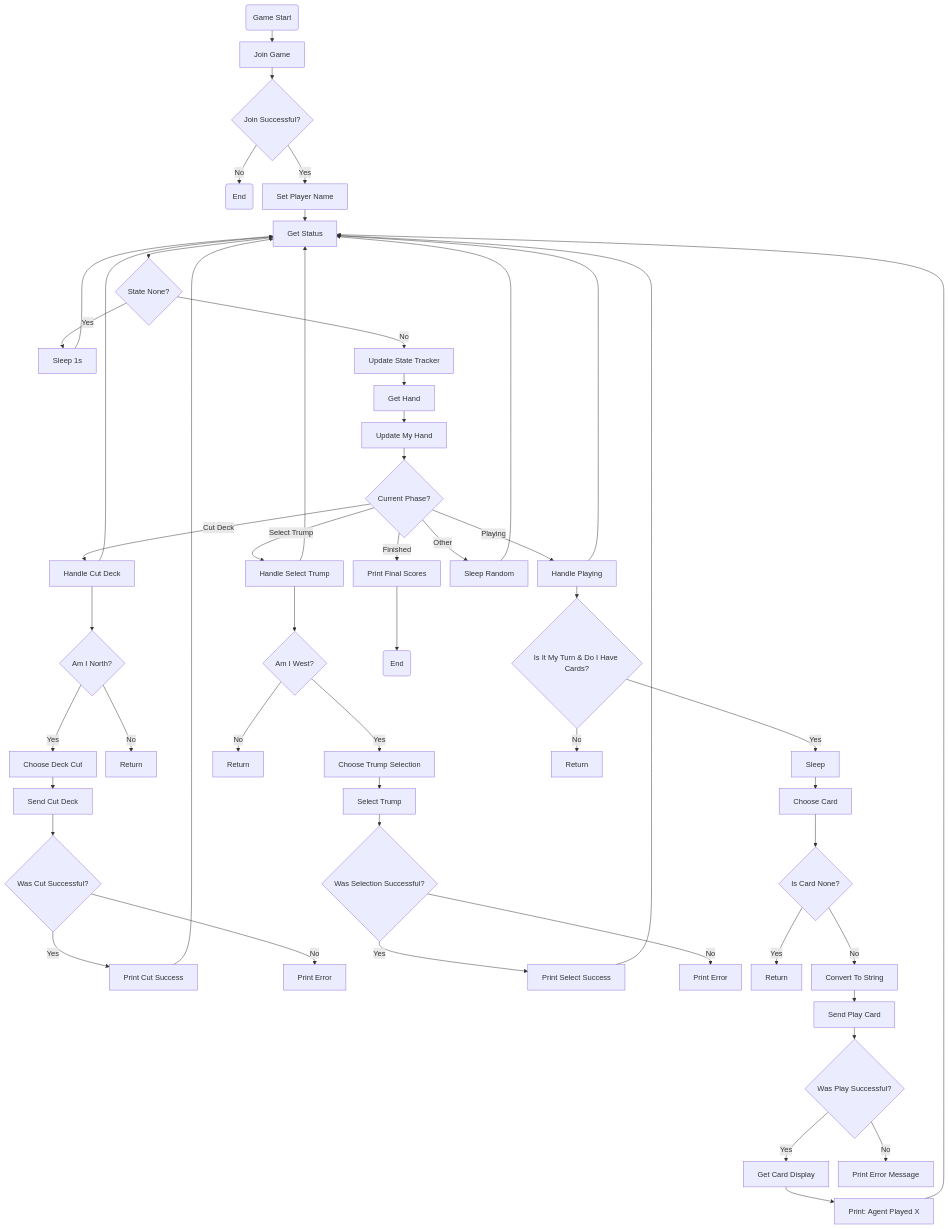
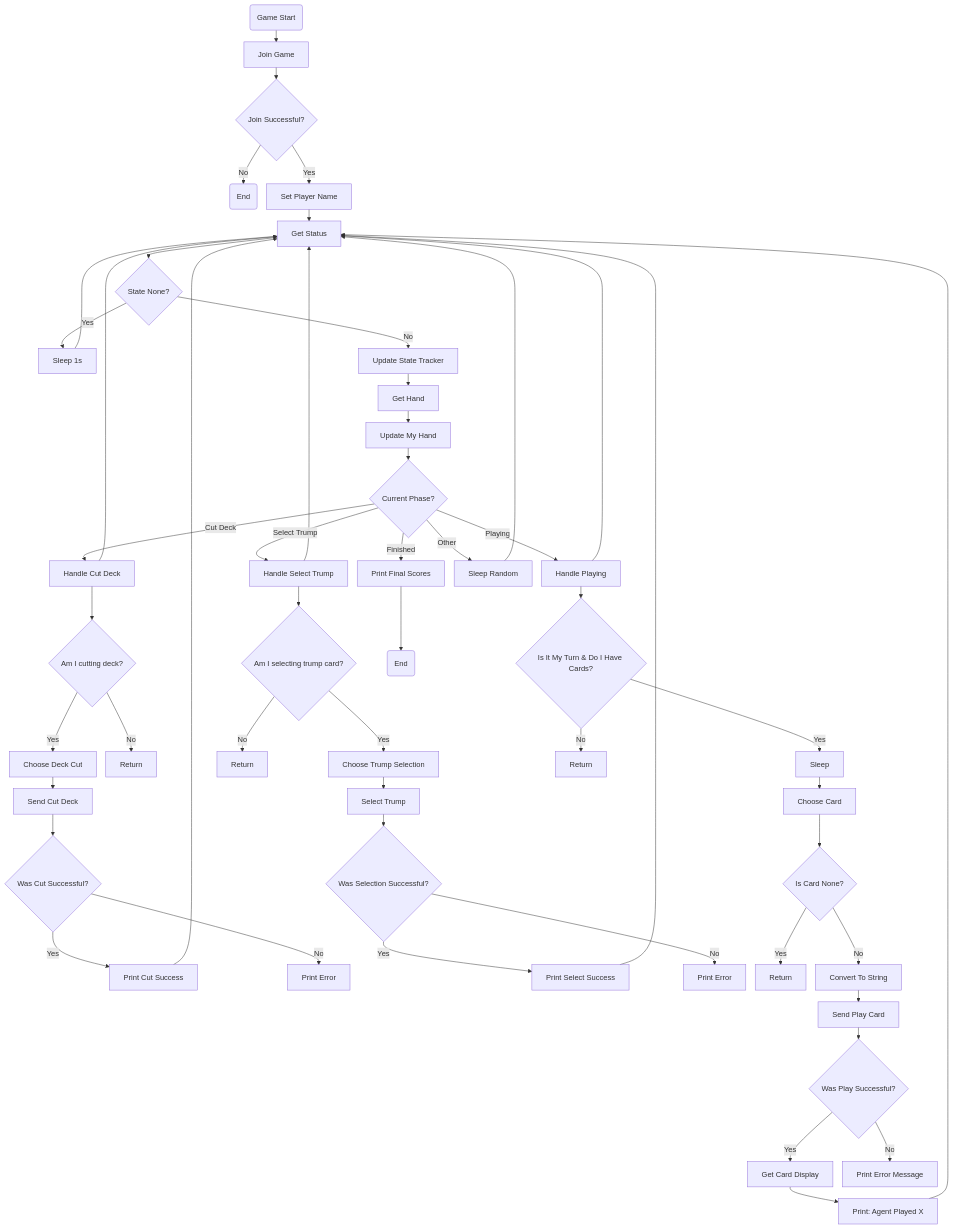
The diagram in agent-fluxograms/.md (PEI09-25-26/Sueca), drawn with Mermaid before and after one commit.

Commit message:
Update fluxogram to clarify deck cutting and trump selection

````diff
--- a/agent-fluxograms/.md
+++ b/agent-fluxograms/.md
@@ -3,67 +3,67 @@
 ```mermaid
 %%{init: {'flowchart': {'nodeSpacing': 20, 'rankSpacing': 25}}}%%
 flowchart TD
 
 A(Game Start) --> B[Join Game]
 B --> C{Join Successful?}
 C -->|No| D(End)
 C -->|Yes| E[Set Player Name]
 
 E --> F[Get Status]
 F --> G{State None?}
 G -->|Yes| H[Sleep 1s]
 H --> F
 G -->|No| I[Update State Tracker]
 
 I --> J[Get Hand]
 J --> K[Update My Hand]
 K --> L{Current Phase?}
 
 L -->|Cut Deck| M[Handle Cut Deck]
-M -->N{Am I North?}
+M -->N{Am I cutting deck?}
 N -->|Yes|O[Choose Deck Cut]
 O -->W[Send Cut Deck]
 W -->X{Was Cut Successful?}
 X -->|Yes|Y[Print Cut Success]
 Y --> F
 X -->|No|Z[Print Error]
 N -->|No|V[Return]
 
 
 L -->|Select Trump| P[Handle Select Trump]
-P -->A1{Am I West?}
+P -->A1{Am I selecting trump card?}
 A1 --> |Yes|C1[Choose Trump Selection]
 A1 --> |No|B1[Return]
 C1 --> D1[Select Trump]
 D1 --> E1{Was Selection Successful?}
 E1 --> |Yes| F1[Print Select Success]
 F1 --> F
 E1 --> |No| G1[Print Error]
 
 
 
 L -->|Playing| R[Handle Playing]
 R --> H1{Is It My Turn & Do I Have Cards?}
 H1 -->|Yes| I1[Sleep]
 H1 -->|No| J1[Return]
 I1 --> K1[Choose Card]
 K1 --> L1{Is Card None?}
 L1 -->|Yes|M1[Return]
 L1 -->|No|N1[Convert To String]
 N1 -->O1[Send Play Card]
 O1 -->P1{Was Play Successful?}
 P1 -->|Yes|Q1[Get Card Display]
 Q1 -->R1[Print: Agent Played X]
 R1 -->F
 P1 -->|No|T1[Print Error Message]
 
 
 L -->|Finished| T[Print Final Scores]
 T --> S3(End)
 L -->|Other| U[Sleep Random]
 
 M --> F
 P --> F
 R --> F
 U --> F
 ```
````
